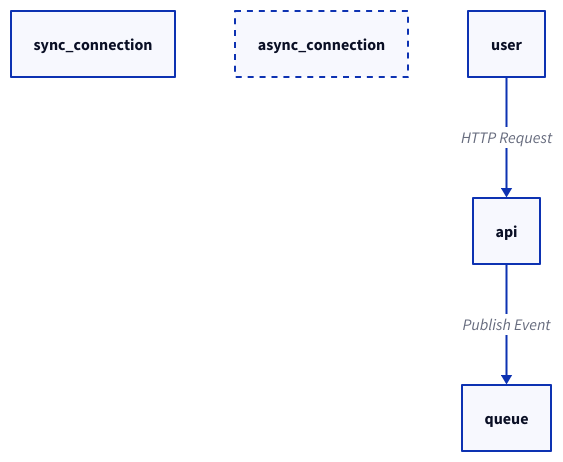
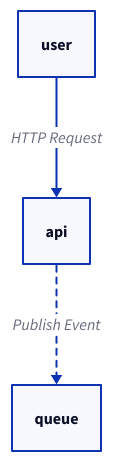
Before and after one commit to afterthought/t2d-kit: the ninth of 9 diagrams in src/t2d_kit/agents/t2d-d2-generator.md, drawn with D2. The commit also changed other lines of this file and 2 other files, not shown here.

Commit message:
feat: enhance D2 diagram generator documentation with valid style attributes and usage guidelines; update UserRecipe model for improved diagram request validation

````diff
--- a/src/t2d_kit/agents/t2d-d2-generator.md
+++ b/src/t2d_kit/agents/t2d-d2-generator.md
@@ -339,20 +394,22 @@
 ```d2
-# Define connection styles
-sync_connection: {
-  style.stroke-width: 2
-}
+classes: {
+  # Define connection styles
+  sync_connection: {
+    style.stroke-width: 2
+  }
 
-async_connection: {
-  style.stroke-dash: 3
-  style.stroke-width: 2
+  async_connection: {
+    style.stroke-dash: 3
+    style.stroke-width: 2
+  }
 }
 
 # Apply to connections
 user -> api: HTTP Request {
   class: sync_connection
 }
 
 api -> queue: Publish Event {
   class: async_connection
 }
 ```
````
